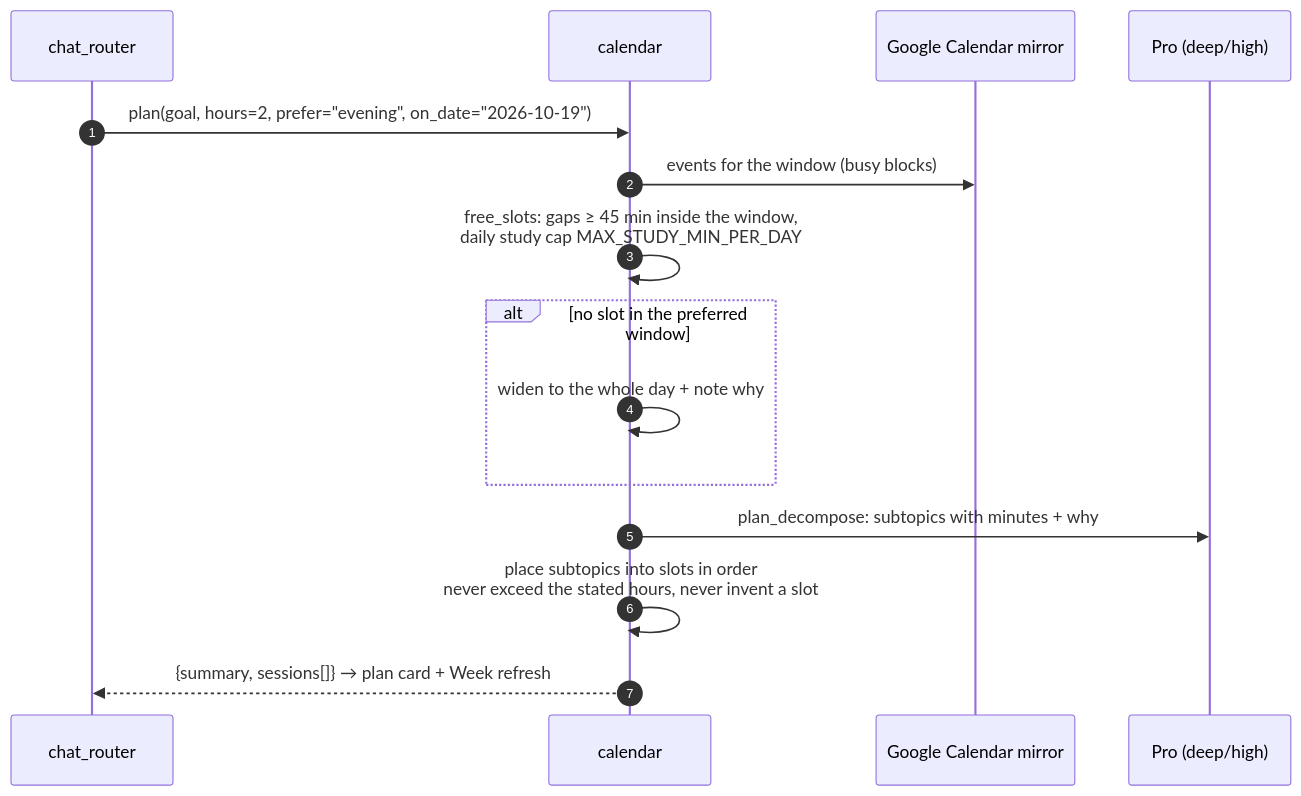
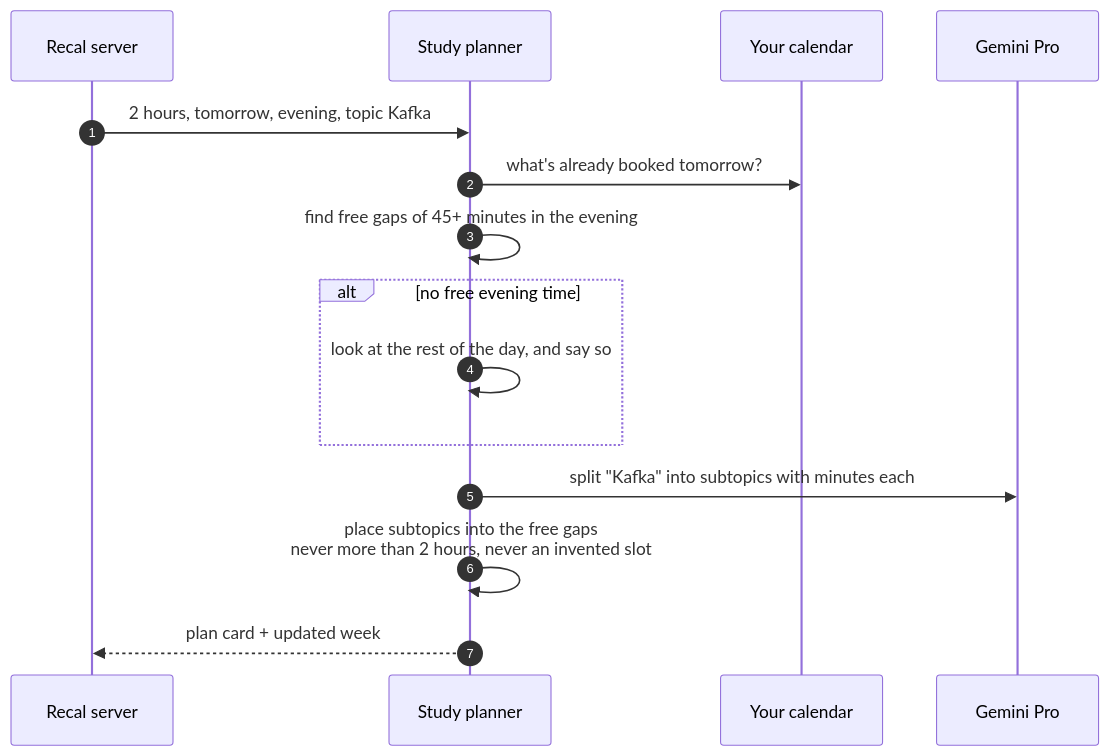
Before and after one commit to Chaitanya674/Recal-AI: the tenth of 19 diagrams in docs/DOCUMENTATION.md, drawn with Mermaid. The commit also changed other lines of this file, not shown here.

````diff
--- a/docs/DOCUMENTATION.md
+++ b/docs/DOCUMENTATION.md
@@ -448,18 +482,18 @@
 ```mermaid
 sequenceDiagram
     autonumber
-    participant CR as chat_router
-    participant C as calendar
-    participant G as Google Calendar mirror
-    participant P as Pro (deep/high)
+    participant Srv as Recal server
+    participant Plan as Study planner
+    participant Cal as Your calendar
+    participant Pro as Gemini Pro
 
-    CR->>C: plan(goal, hours=2, prefer="evening", on_date="2026-10-19")
-    C->>G: events for the window (busy blocks)
-    C->>C: free_slots: gaps ≥ 45 min inside the window,<br/>daily study cap MAX_STUDY_MIN_PER_DAY
-    alt no slot in the preferred window
-        C->>C: widen to the whole day + note why
+    Srv->>Plan: 2 hours, tomorrow, evening, topic Kafka
+    Plan->>Cal: what's already booked tomorrow?
+    Plan->>Plan: find free gaps of 45+ minutes in the evening
+    alt no free evening time
+        Plan->>Plan: look at the rest of the day, and say so
     end
-    C->>P: plan_decompose: subtopics with minutes + why
-    C->>C: place subtopics into slots in order<br/>never exceed the stated hours, never invent a slot
-    C-->>CR: {summary, sessions[]} → plan card + Week refresh
+    Plan->>Pro: split "Kafka" into subtopics with minutes each
+    Plan->>Plan: place subtopics into the free gaps<br/>never more than 2 hours, never an invented slot
+    Plan-->>Srv: plan card + updated week
 ```
````
